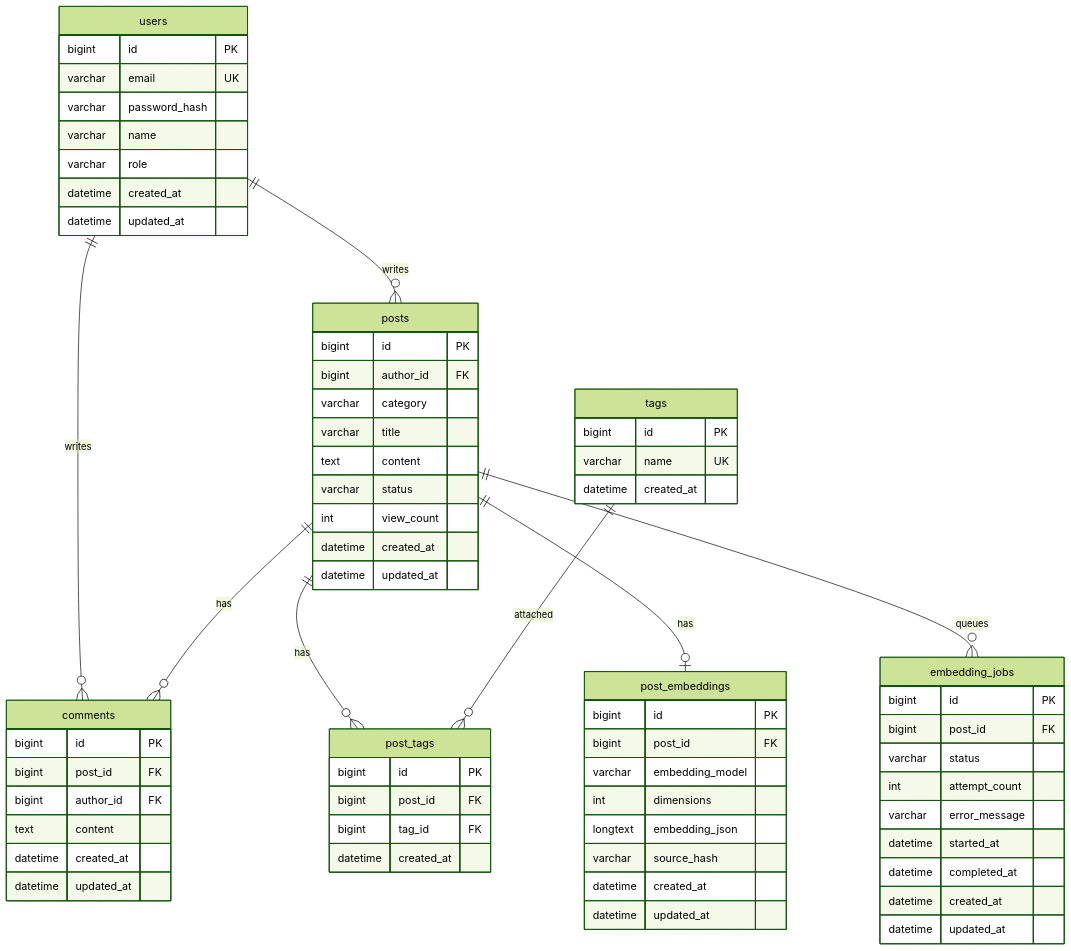
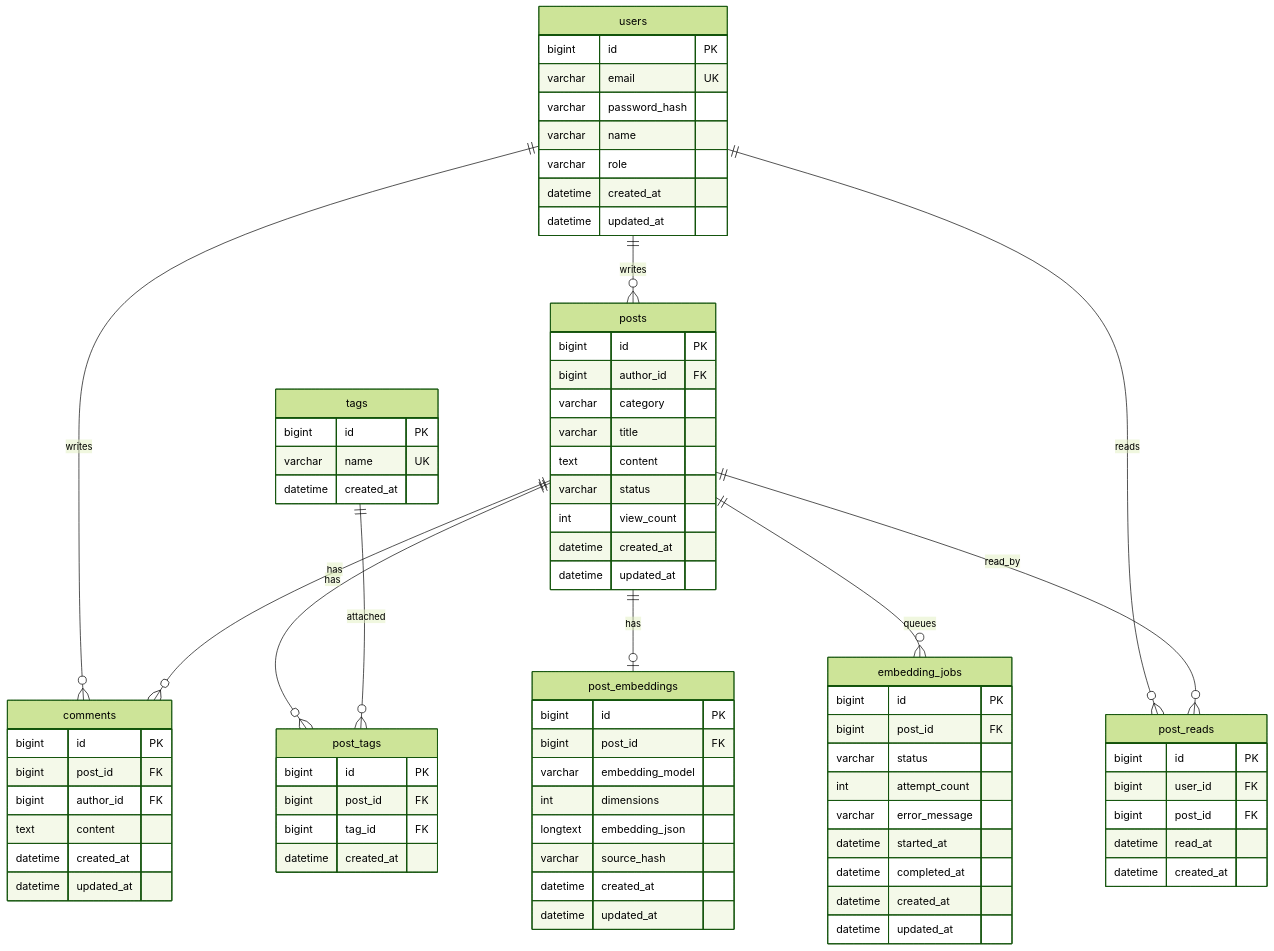
Before and after one commit to Jungle-12-303/week15-16_team03_ai_board_lab: the diagram in docs/database-schema.md, drawn with Mermaid (forest theme). The commit also changed other lines of this file and 6 other files, not shown here.

````diff
--- a/docs/database-schema.md
+++ b/docs/database-schema.md
@@ -9,10 +9,12 @@
 erDiagram
     users ||--o{ posts : writes
     users ||--o{ comments : writes
+    users ||--o{ post_reads : reads
     posts ||--o{ comments : has
     posts ||--o{ post_tags : has
     posts ||--o| post_embeddings : has
     posts ||--o{ embedding_jobs : queues
+    posts ||--o{ post_reads : read_by
     tags ||--o{ post_tags : attached
 
     users {
@@ -81,4 +83,12 @@
         datetime created_at
         datetime updated_at
     }
+
+    post_reads {
+        bigint id PK
+        bigint user_id FK
+        bigint post_id FK
+        datetime read_at
+        datetime created_at
+    }
 ```
````
